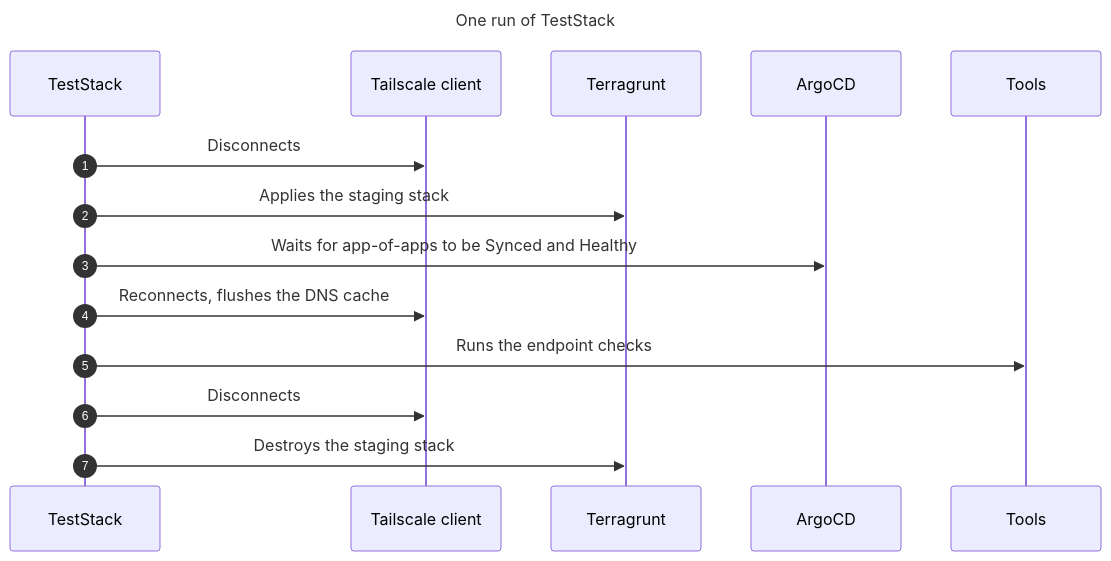
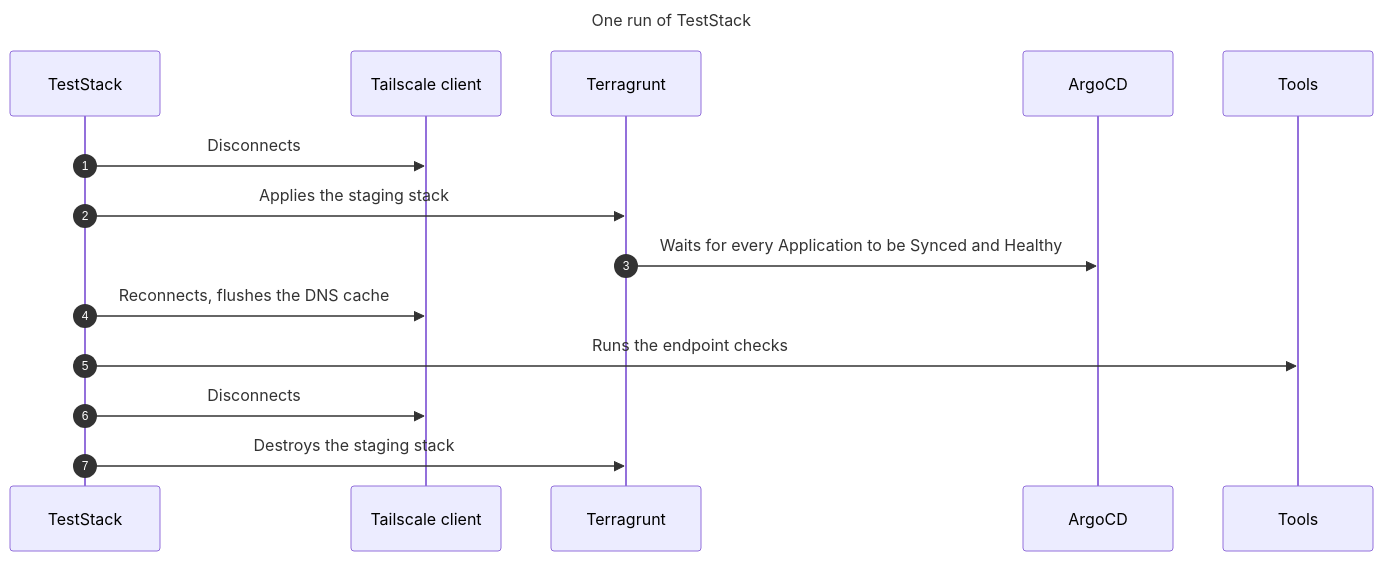
The diagram in site/docs/ci-cd/testing/how-the-infrastructure-tests-work.md (ConsciousML/eks-forge), drawn with Mermaid before and after one commit. The commit also changed other lines of this file and 3 other files, not shown here.

Commit message:
docs: document the root apps wait and serve the root chart references

````diff
--- a/site/docs/ci-cd/testing/how-the-infrastructure-tests-work.md
+++ b/site/docs/ci-cd/testing/how-the-infrastructure-tests-work.md
@@ -27,19 +26,19 @@
 ```mermaid
 ---
 title: One run of TestStack
 ---
 sequenceDiagram
     autonumber
     participant test as TestStack
     participant ts as Tailscale client
     participant tg as Terragrunt
     participant argo as ArgoCD
     participant tools as Tools
     test->>ts: Disconnects
     test->>tg: Applies the staging stack
-    test->>argo: Waits for app-of-apps to be Synced and Healthy
+    tg->>argo: Waits for every Application to be Synced and Healthy
     test->>ts: Reconnects, flushes the DNS cache
     test->>tools: Runs the endpoint checks
     test->>ts: Disconnects
     test->>tg: Destroys the staging stack
 ```
````
